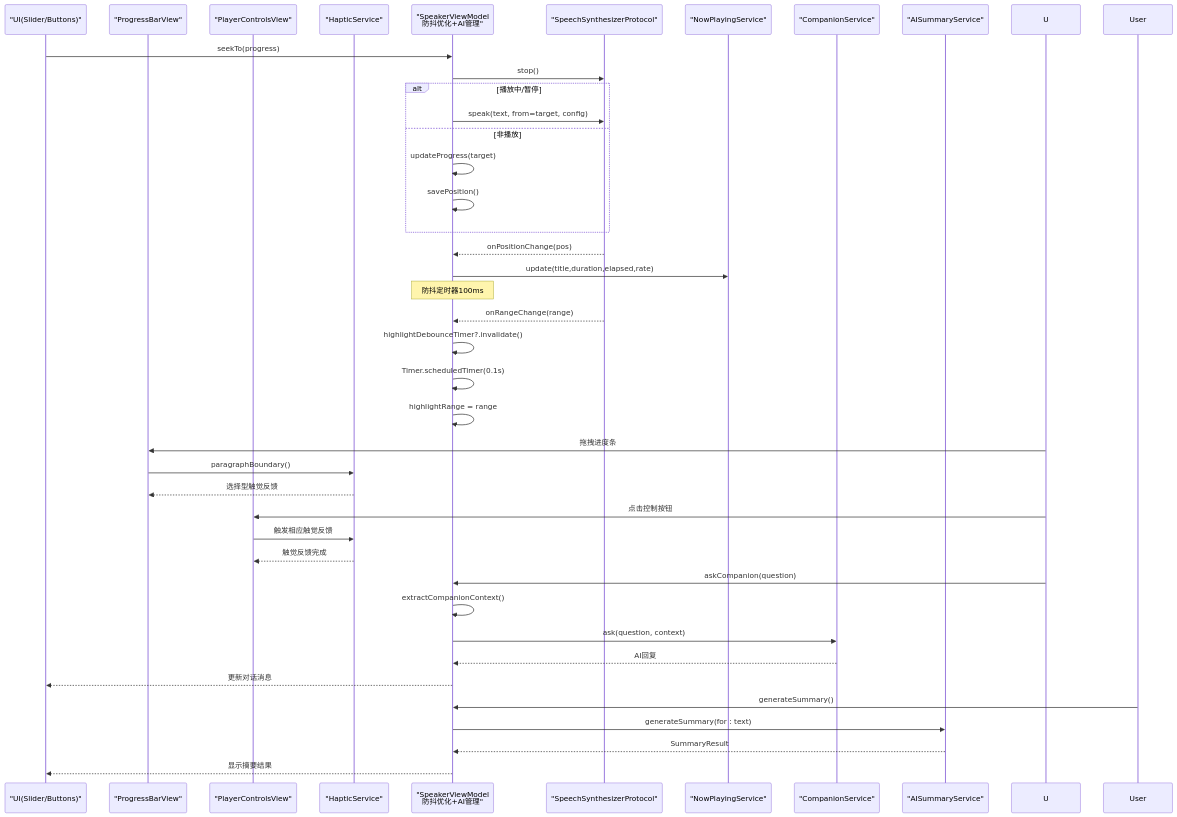
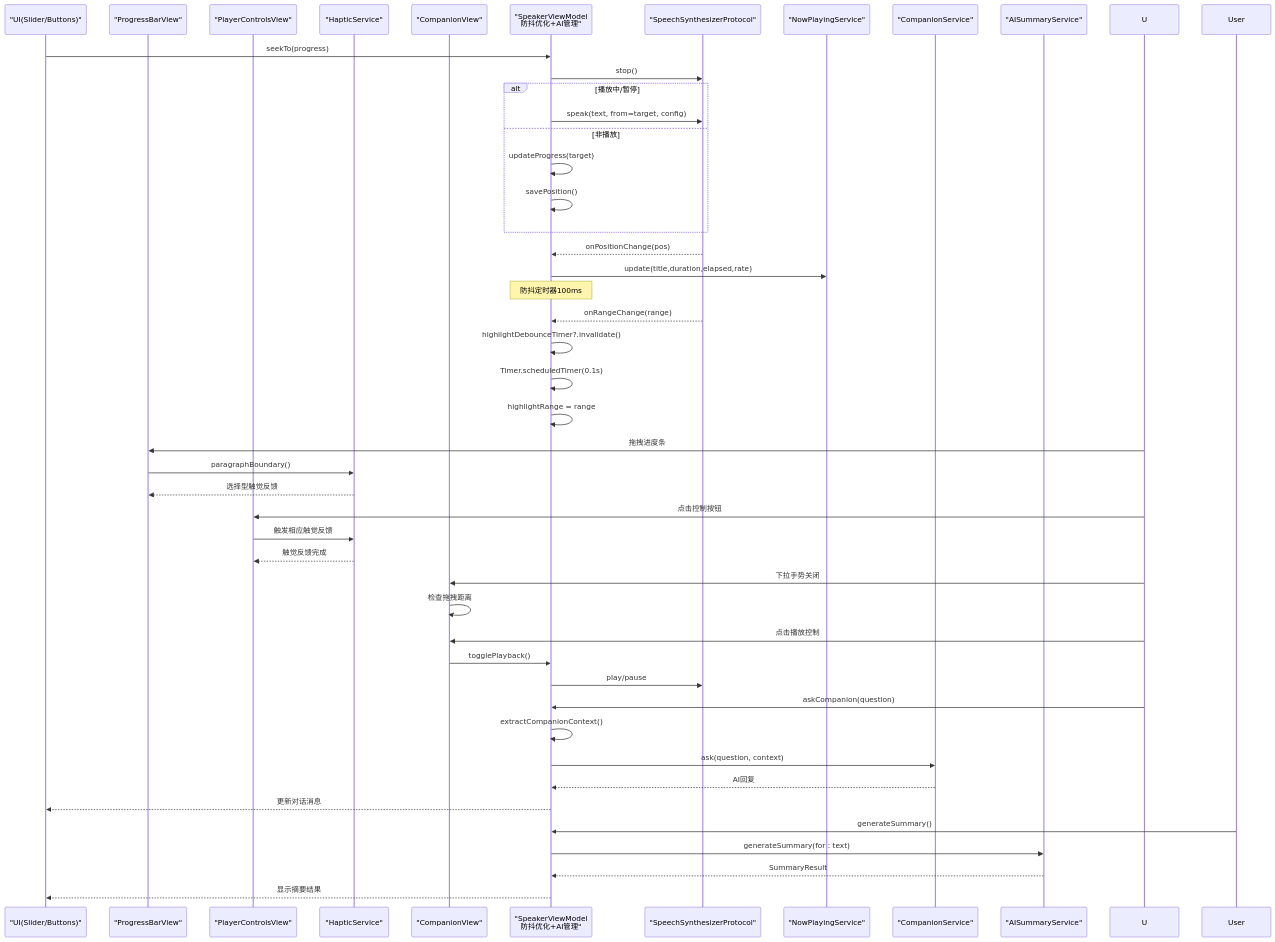
Before and after one commit to Primoguo/VoiceReader: the tenth of 13 diagrams in .qoder/repowiki/zh/content/用户界面设计/播放器界面.md, drawn with Mermaid. The commit also changed other lines of this file and 92 other files, not shown here.

````diff
--- a/.qoder/repowiki/zh/content/用户界面设计/播放器界面.md
+++ b/.qoder/repowiki/zh/content/用户界面设计/播放器界面.md
@@ -554,42 +607,48 @@
 ```mermaid
 sequenceDiagram
 participant UI as "UI(Slider/Buttons)"
 participant PBV as "ProgressBarView"
 participant PCV as "PlayerControlsView"
 participant HS as "HapticService"
+participant CV as "CompanionView"
 participant VM as "SpeakerViewModel<br/>防抖优化+AI管理"
 participant ST as "SpeechSynthesizerProtocol"
 participant NP as "NowPlayingService"
 participant CS as "CompanionService"
 participant AIS as "AISummaryService"
 UI->>VM : seekTo(progress)
 VM->>ST : stop()
 alt 播放中/暂停
 VM->>ST : speak(text, from=target, config)
 else 非播放
 VM->>VM : updateProgress(target)
 VM->>VM : savePosition()
 end
 ST-->>VM : onPositionChange(pos)
 VM->>NP : update(title,duration,elapsed,rate)
 Note over VM : 防抖定时器100ms
 ST-->>VM : onRangeChange(range)
 VM->>VM : highlightDebounceTimer?.invalidate()
 VM->>VM : Timer.scheduledTimer(0.1s)
 VM->>VM : highlightRange = range
 U->>PBV : 拖拽进度条
 PBV->>HS : paragraphBoundary()
 HS-->>PBV : 选择型触觉反馈
 U->>PCV : 点击控制按钮
 PCV->>HS : 触发相应触觉反馈
 HS-->>PCV : 触觉反馈完成
+U->>CV : 下拉手势关闭
+CV->>CV : 检查拖拽距离
+U->>CV : 点击播放控制
+CV->>VM : togglePlayback()
+VM->>ST : play/pause
 U->>VM : askCompanion(question)
 VM->>VM : extractCompanionContext()
 VM->>CS : ask(question, context)
 CS-->>VM : AI回复
 VM-->>UI : 更新对话消息
 User->>VM : generateSummary()
 VM->>AIS : generateSummary(for : text)
 AIS-->>VM : SummaryResult
 VM-->>UI : 显示摘要结果
 ```
````
